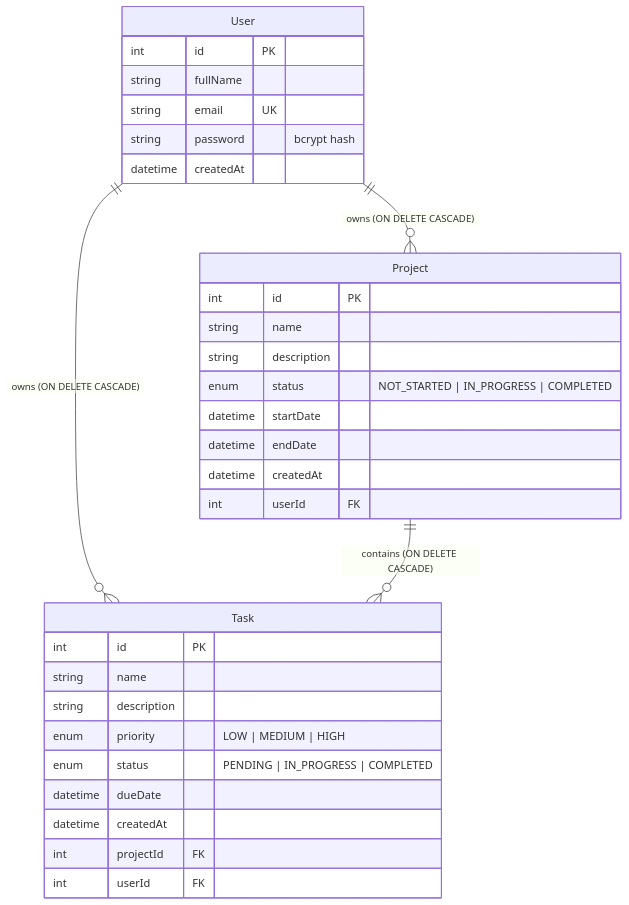
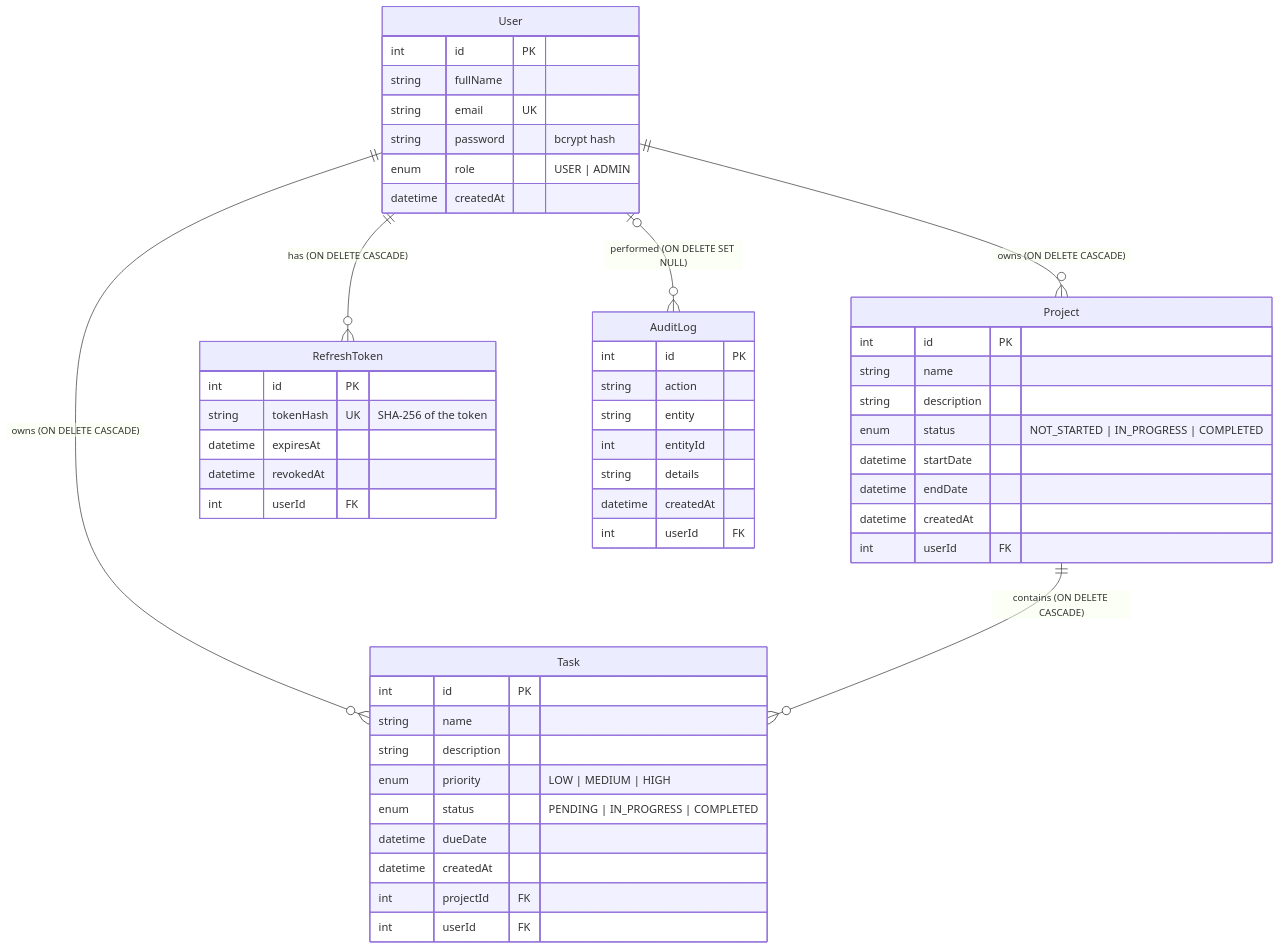
Before and after one commit to AdityaParthasarathy/project-management-system: the diagram in docs/ER-DIAGRAM.md, drawn with Mermaid. The commit also changed 76 other files, not shown here.

Commit message:
Bonus features: pagination, sorting, audit log, roles, refresh tokens, offline cache, due-tomorrow reminders, shared types

````diff
--- a/docs/ER-DIAGRAM.md
+++ b/docs/ER-DIAGRAM.md
@@ -3,35 +3,54 @@
 ```mermaid
 erDiagram
     User ||--o{ Project : "owns (ON DELETE CASCADE)"
     User ||--o{ Task : "owns (ON DELETE CASCADE)"
     Project ||--o{ Task : "contains (ON DELETE CASCADE)"
+    User ||--o{ RefreshToken : "has (ON DELETE CASCADE)"
+    User |o--o{ AuditLog : "performed (ON DELETE SET NULL)"
 
     User {
         int id PK
         string fullName
         string email UK
         string password "bcrypt hash"
+        enum role "USER | ADMIN"
         datetime createdAt
+    }
+    RefreshToken {
+        int id PK
+        string tokenHash UK "SHA-256 of the token"
+        datetime expiresAt
+        datetime revokedAt
+        int userId FK
+    }
+    AuditLog {
+        int id PK
+        string action
+        string entity
+        int entityId
+        string details
+        datetime createdAt
+        int userId FK
     }
     Project {
         int id PK
         string name
         string description
         enum status "NOT_STARTED | IN_PROGRESS | COMPLETED"
         datetime startDate
         datetime endDate
         datetime createdAt
         int userId FK
     }
     Task {
         int id PK
         string name
         string description
         enum priority "LOW | MEDIUM | HIGH"
         enum status "PENDING | IN_PROGRESS | COMPLETED"
         datetime dueDate
         datetime createdAt
         int projectId FK
         int userId FK
     }
 ```
````
